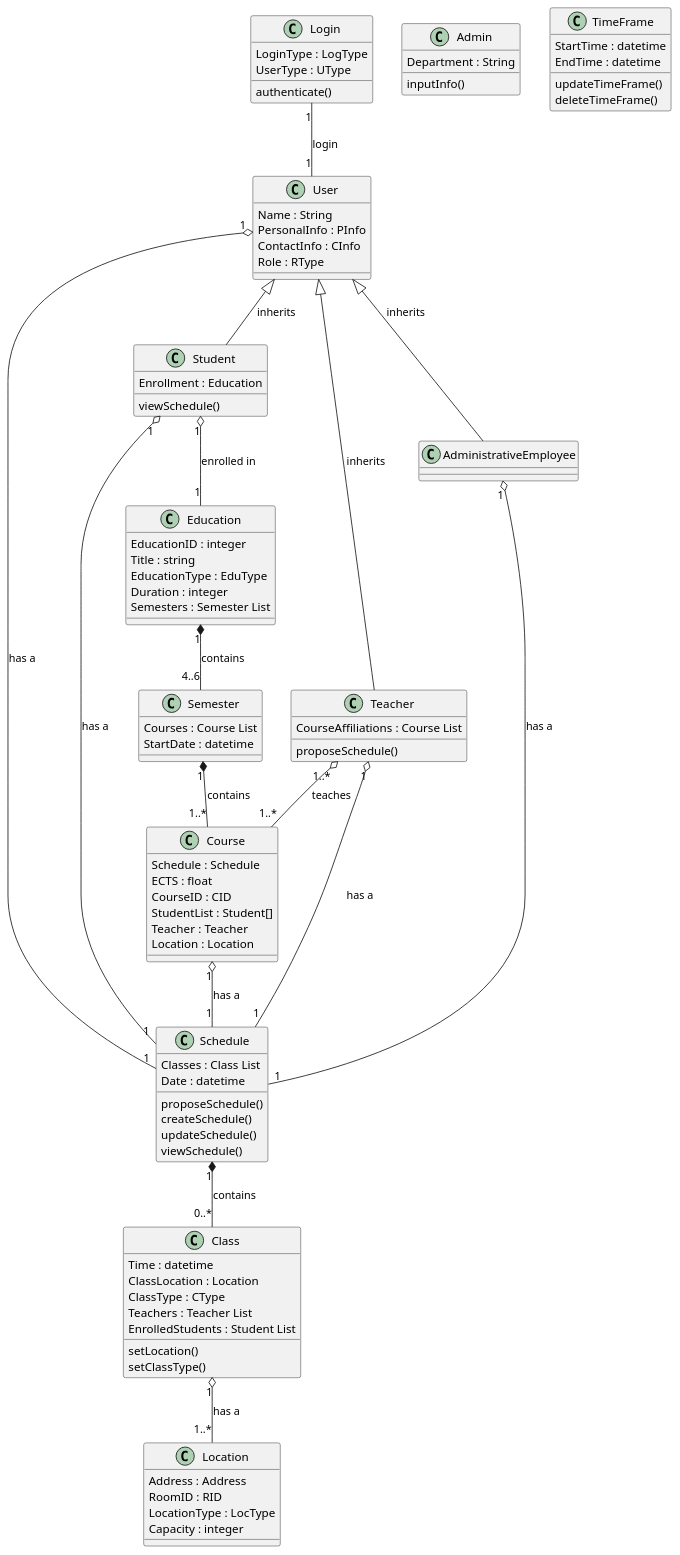
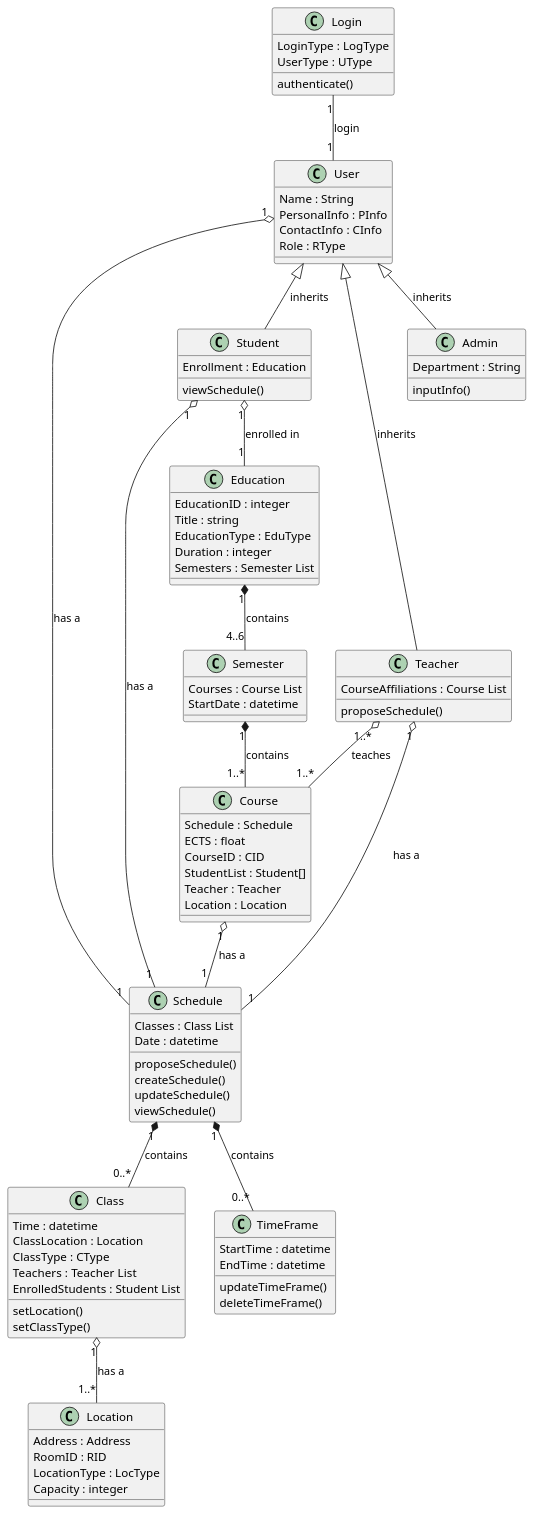
Before and after one commit to frejabauch/Systemudvikling_FSIS: the diagram in ClassDiagram.puml, drawn with PlantUML. The commit also changed 4 other files, not shown here.

```diff
--- a/ClassDiagram.puml
+++ b/ClassDiagram.puml
@@ -1,107 +1,107 @@
 @startuml
 
 class Education {
     EducationID : integer
     Title : string
     EducationType : EduType
     Duration : integer
     Semesters : Semester List
 }
 
 class Schedule{
     Classes : Class List
     Date : datetime
     proposeSchedule()
     createSchedule()
     updateSchedule()
     viewSchedule()
 }
 
 class Location{
     Address : Address
     RoomID : RID
     LocationType : LocType
     Capacity : integer
 }
 
 class Course{
     Schedule : Schedule
     ECTS : float
     CourseID : CID
     StudentList : Student[]
     Teacher : Teacher
     Location : Location
 }
 
 class Class{
     Time : datetime
     ClassLocation : Location
     ClassType : CType
     Teachers : Teacher List
     EnrolledStudents : Student List
     setLocation()
     setClassType()
 }
 
 class Login{
     LoginType : LogType
     UserType : UType
     authenticate()
 }
 
 class User{
     Name : String
     PersonalInfo : PInfo
     ContactInfo : CInfo
     Role : RType
 }
 
 class Semester{
     Courses : Course List
     StartDate : datetime
 }
 
 class Student{
     Enrollment : Education
     viewSchedule()
 }
 
 class Teacher{
     CourseAffiliations : Course List
     proposeSchedule()
 }
 
 class Admin{
     Department : String
     inputInfo()
 }
 
 class TimeFrame{
     StartTime : datetime
     EndTime : datetime
     updateTimeFrame()
     deleteTimeFrame()
 }
 
 User"1" o-- "1" Schedule : has a
 Course"1" o-- "1" Schedule : has a
 Student"1" o-- "1" Schedule : has a
 Teacher"1" o-- "1" Schedule : has a
-AdministrativeEmployee"1" o-- "1" Schedule : has a
 
 Education"1" *-- "4..6" Semester : contains
 
 Class "1" o-- "1..*"Location : has a
 
 User <|-- Student : inherits
 User <|-- Teacher : inherits
-User <|-- AdministrativeEmployee : inherits
+User <|-- Admin : inherits
 
 Semester"1" *-- "1..*" Course : contains
 Schedule"1" *-- "0..*" Class : contains
+Schedule"1" *-- "0..*" TimeFrame : contains
 Teacher"1..*" o-- "1..*" Course : teaches
 Student"1" o-- "1" Education : enrolled in
 
 Login "1" -- "1" User : login
 
 @enduml
```
